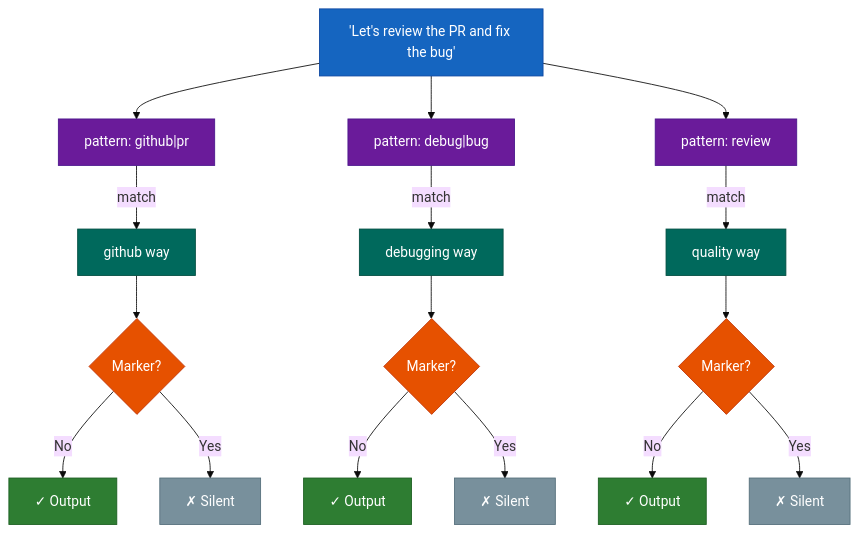
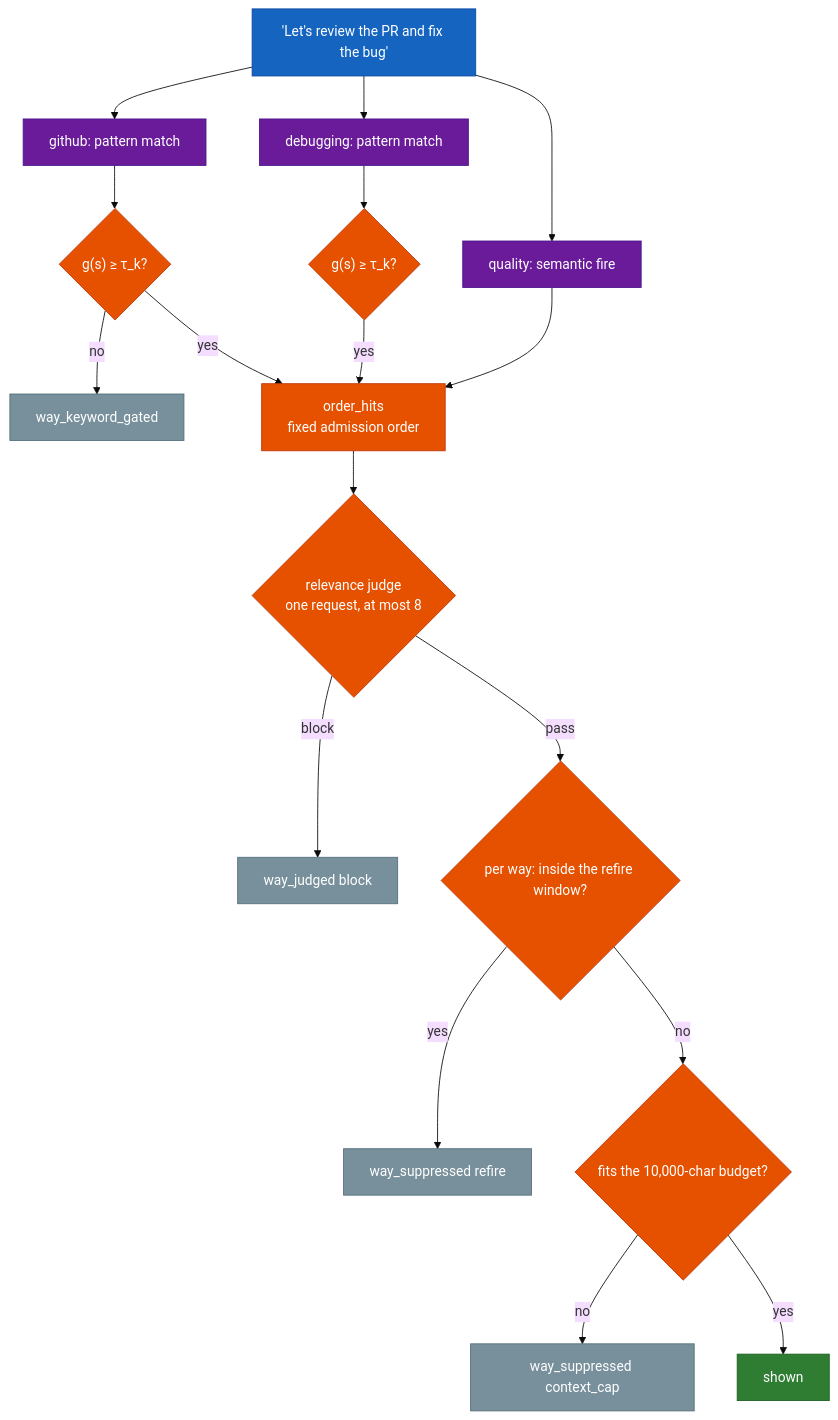
Diagram 12 of 13 in docs/architecture.md (aaronsb/agent-ways), drawn with Mermaid (base theme) before and after one commit. The commit also changed other lines of this file and 7 other files, not shown here.

First line of the commit message:
docs(architecture): redraw the ways pipeline for the judge, late-interaction and per-agent state

````diff
--- a/docs/architecture.md
+++ b/docs/architecture.md
@@ -447,31 +546,30 @@
 ```mermaid
 flowchart TB
     classDef prompt fill:#1565C0,stroke:#0D47A1,color:#fff
     classDef pattern fill:#6A1B9A,stroke:#4A148C,color:#fff
-    classDef way fill:#00695C,stroke:#004D40,color:#fff
     classDef gate fill:#E65100,stroke:#BF360C,color:#fff
     classDef output fill:#2E7D32,stroke:#1B5E20,color:#fff
     classDef silent fill:#78909C,stroke:#546E7A,color:#fff
 
     Prompt["'Let's review the PR and fix the bug'"]:::prompt
 
-    Prompt --> KW1["pattern: github|pr"]:::pattern
-    Prompt --> KW2["pattern: debug|bug"]:::pattern
-    Prompt --> KW3["pattern: review"]:::pattern
+    Prompt --> KW1["github: pattern match"]:::pattern
+    Prompt --> KW2["debugging: pattern match"]:::pattern
+    Prompt --> KW3["quality: semantic fire"]:::pattern
 
-    KW1 -->|match| GH["github way"]:::way
-    KW2 -->|match| DB["debugging way"]:::way
-    KW3 -->|match| QA["quality way"]:::way
+    KW1 --> F1{"g(s) ≥ τ_k?"}:::gate
+    KW2 --> F2{"g(s) ≥ τ_k?"}:::gate
+    F1 -->|no| G1["way_keyword_gated"]:::silent
 
-    GH --> M1{Marker?}:::gate
-    DB --> M2{Marker?}:::gate
-    QA --> M3{Marker?}:::gate
+    F1 -->|yes| ORD["order_hits<br/>fixed admission order"]:::gate
+    F2 -->|yes| ORD
+    KW3 --> ORD
 
-    M1 -->|No| O1["✓ Output"]:::output
-    M2 -->|No| O2["✓ Output"]:::output
-    M3 -->|No| O3["✓ Output"]:::output
-
-    M1 -->|Yes| S1["✗ Silent"]:::silent
-    M2 -->|Yes| S2["✗ Silent"]:::silent
-    M3 -->|Yes| S3["✗ Silent"]:::silent
+    ORD --> J{"relevance judge<br/>one request, at most 8"}:::gate
+    J -->|block| B["way_judged block"]:::silent
+    J -->|pass| R{"per way: inside the refire window?"}:::gate
+    R -->|yes| S["way_suppressed refire"]:::silent
+    R -->|no| C{"fits the 10,000-char budget?"}:::gate
+    C -->|no| S2["way_suppressed context_cap"]:::silent
+    C -->|yes| O["shown"]:::output
 ```
````
